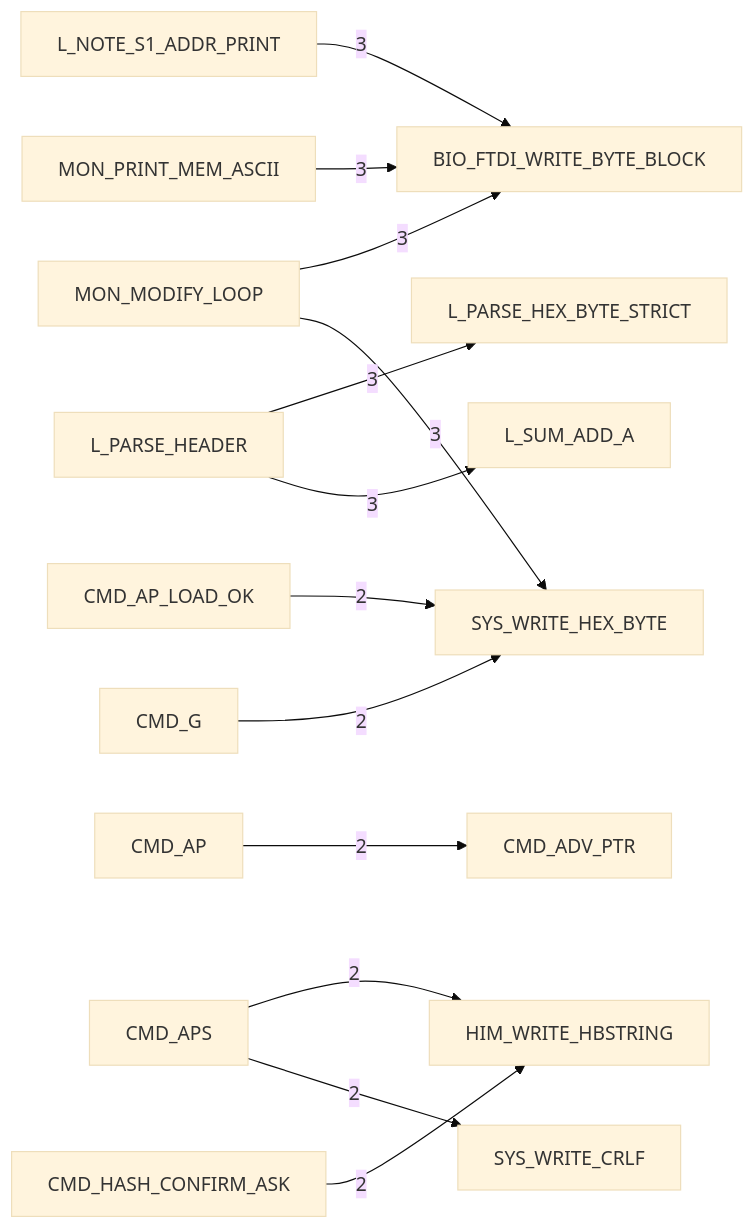
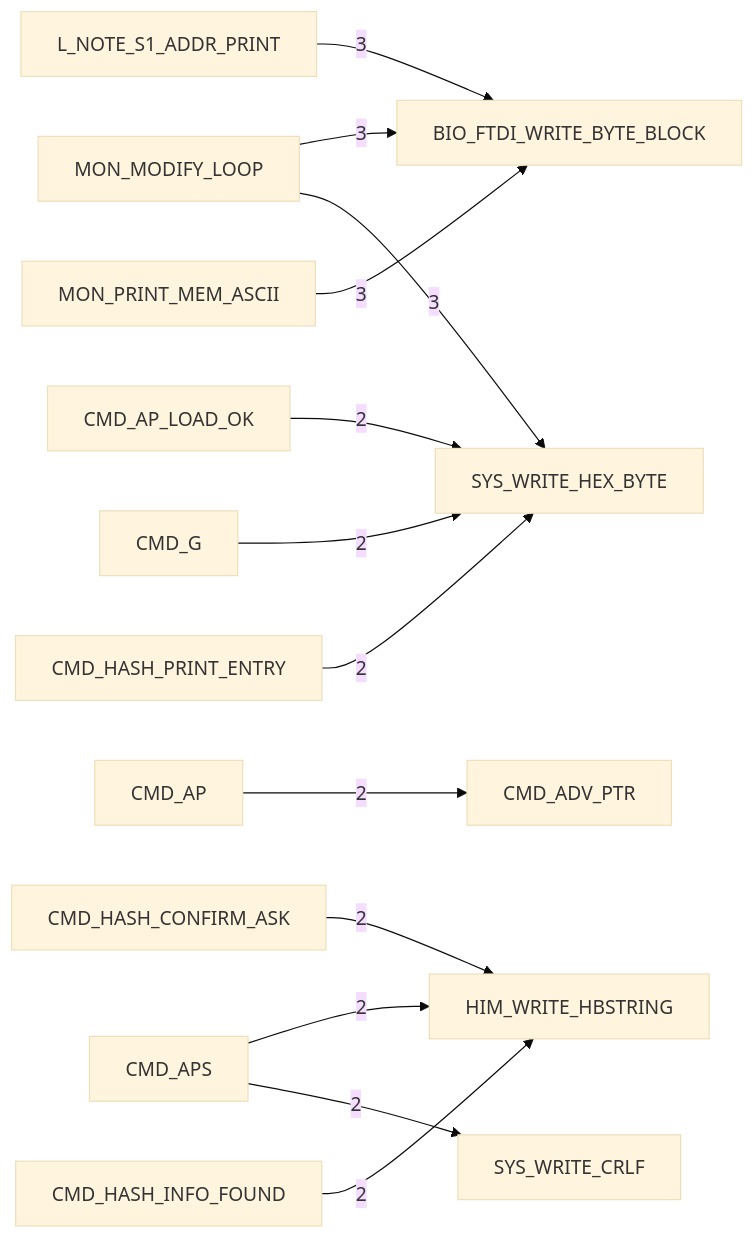
The third of 6 diagrams in DOC/GENERATED/HIMON_COMMAND_MAP.md (95westus/R-YORS), drawn with Mermaid (base theme) before and after one commit. The commit also changed other lines of this file and 94 other files, not shown here.

````diff
--- a/DOC/GENERATED/HIMON_COMMAND_MAP.md
+++ b/DOC/GENERATED/HIMON_COMMAND_MAP.md
@@ -42,15 +42,15 @@
 ```mermaid
 flowchart LR
     N_L_NOTE_S1_ADDR_PRINT[L_NOTE_S1_ADDR_PRINT] -->|3| N_BIO_FTDI_WRITE_BYTE_BLOCK[BIO_FTDI_WRITE_BYTE_BLOCK]
-    N_L_PARSE_HEADER[L_PARSE_HEADER] -->|3| N_L_PARSE_HEX_BYTE_STRICT[L_PARSE_HEX_BYTE_STRICT]
-    N_L_PARSE_HEADER[L_PARSE_HEADER] -->|3| N_L_SUM_ADD_A[L_SUM_ADD_A]
     N_MON_MODIFY_LOOP[MON_MODIFY_LOOP] -->|3| N_BIO_FTDI_WRITE_BYTE_BLOCK[BIO_FTDI_WRITE_BYTE_BLOCK]
     N_MON_MODIFY_LOOP[MON_MODIFY_LOOP] -->|3| N_SYS_WRITE_HEX_BYTE[SYS_WRITE_HEX_BYTE]
     N_MON_PRINT_MEM_ASCII[MON_PRINT_MEM_ASCII] -->|3| N_BIO_FTDI_WRITE_BYTE_BLOCK[BIO_FTDI_WRITE_BYTE_BLOCK]
     N_CMD_AP[CMD_AP] -->|2| N_CMD_ADV_PTR[CMD_ADV_PTR]
     N_CMD_AP_LOAD_OK[CMD_AP_LOAD_OK] -->|2| N_SYS_WRITE_HEX_BYTE[SYS_WRITE_HEX_BYTE]
     N_CMD_APS[CMD_APS] -->|2| N_HIM_WRITE_HBSTRING[HIM_WRITE_HBSTRING]
     N_CMD_APS[CMD_APS] -->|2| N_SYS_WRITE_CRLF[SYS_WRITE_CRLF]
     N_CMD_G[CMD_G] -->|2| N_SYS_WRITE_HEX_BYTE[SYS_WRITE_HEX_BYTE]
     N_CMD_HASH_CONFIRM_ASK[CMD_HASH_CONFIRM_ASK] -->|2| N_HIM_WRITE_HBSTRING[HIM_WRITE_HBSTRING]
+    N_CMD_HASH_INFO_FOUND[CMD_HASH_INFO_FOUND] -->|2| N_HIM_WRITE_HBSTRING[HIM_WRITE_HBSTRING]
+    N_CMD_HASH_PRINT_ENTRY[CMD_HASH_PRINT_ENTRY] -->|2| N_SYS_WRITE_HEX_BYTE[SYS_WRITE_HEX_BYTE]
 ```
````
